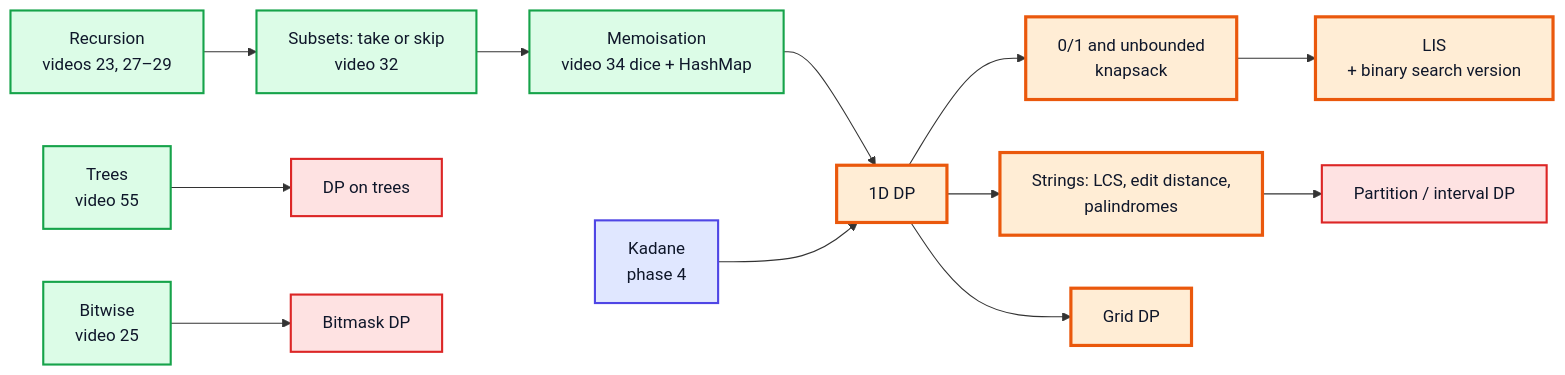
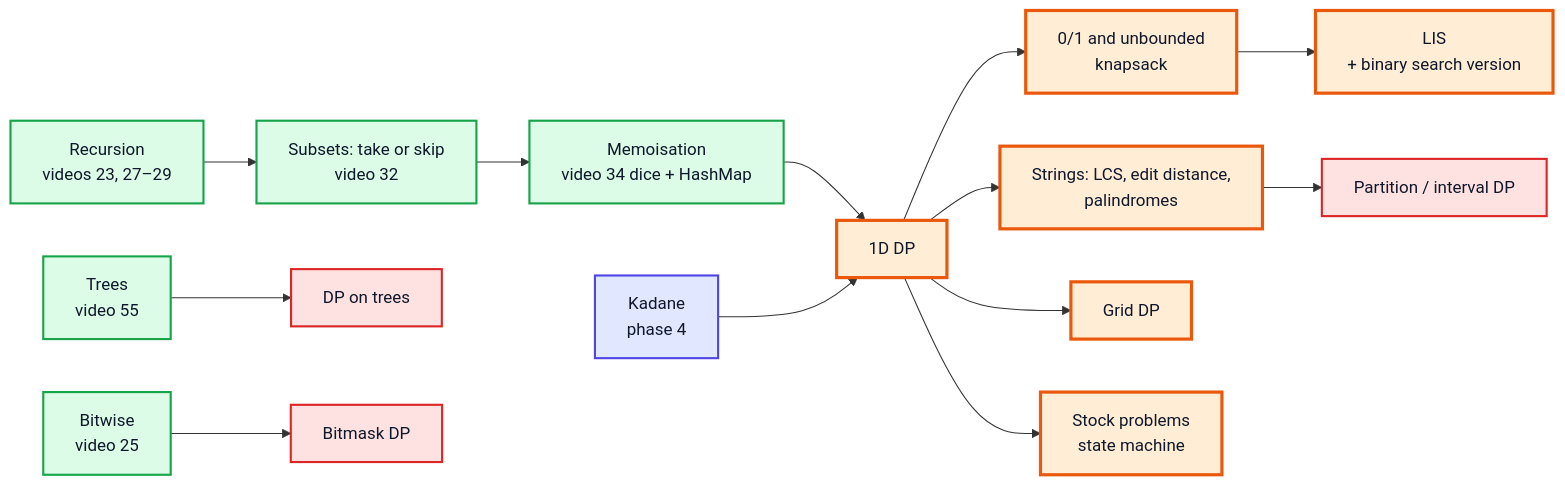
The second of 3 diagrams in java_dsa_study_roadmap.md (sarthakm10/Java_Notes_Kunal_DSA_PlayList), drawn with Mermaid before and after one commit. The commit also changed other lines of this file and 8 other files, not shown here.

````diff
--- a/java_dsa_study_roadmap.md
+++ b/java_dsa_study_roadmap.md
@@ -314,18 +326,19 @@
 ```mermaid
 flowchart LR
     R["Recursion<br/>videos 23, 27–29"]:::good --> S["Subsets: take or skip<br/>video 32"]:::good
     S --> M["Memoisation<br/>video 34 dice + HashMap"]:::good
     M --> D1["1D DP"]:::highlight
     K["Kadane<br/>phase 4"]:::process --> D1
     D1 --> KN["0/1 and unbounded<br/>knapsack"]:::highlight
     D1 --> STR["Strings: LCS, edit distance,<br/>palindromes"]:::highlight
     D1 --> G["Grid DP"]:::highlight
+    D1 --> STK["Stock problems<br/>state machine"]:::highlight
     KN --> LIS["LIS<br/>+ binary search version"]:::highlight
     STR --> PART["Partition / interval DP"]:::bad
     T["Trees<br/>video 55"]:::good --> TD["DP on trees"]:::bad
     B["Bitwise<br/>video 25"]:::good --> BM["Bitmask DP"]:::bad
     classDef good fill:#dcfce7,stroke:#16a34a,stroke-width:2px,color:#0f172a
     classDef highlight fill:#ffedd5,stroke:#ea580c,stroke-width:3px,color:#0f172a
     classDef process fill:#e0e7ff,stroke:#4f46e5,stroke-width:2px,color:#0f172a
     classDef bad fill:#fee2e2,stroke:#dc2626,stroke-width:2px,color:#0f172a
 ```
````
